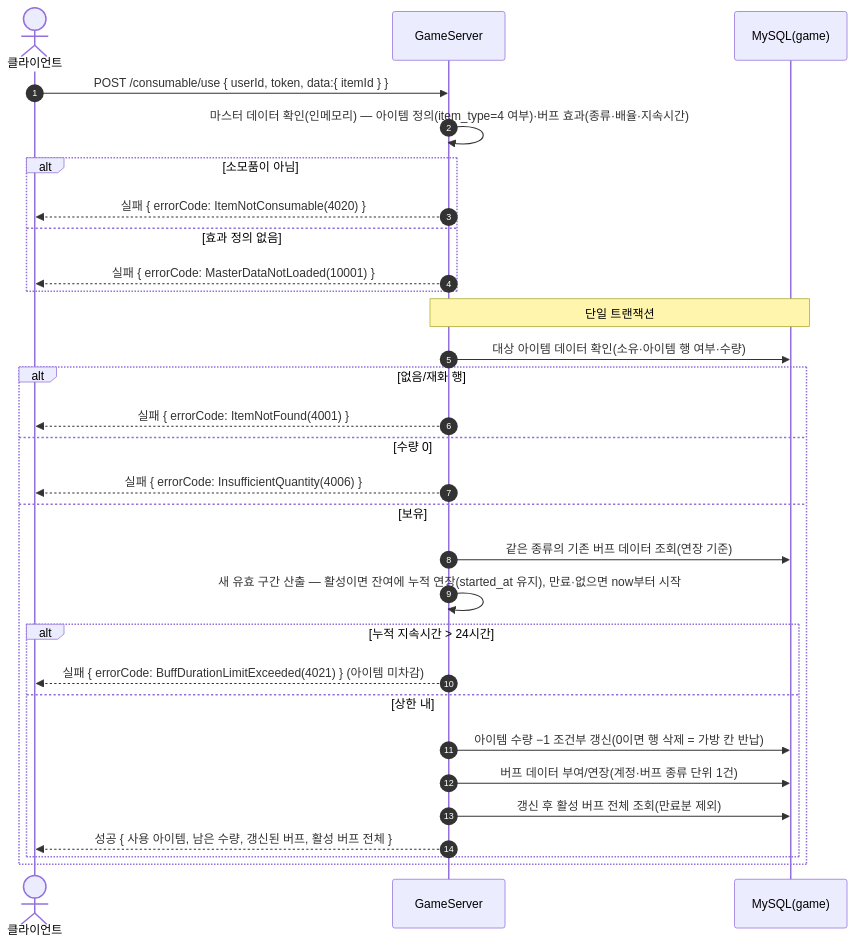
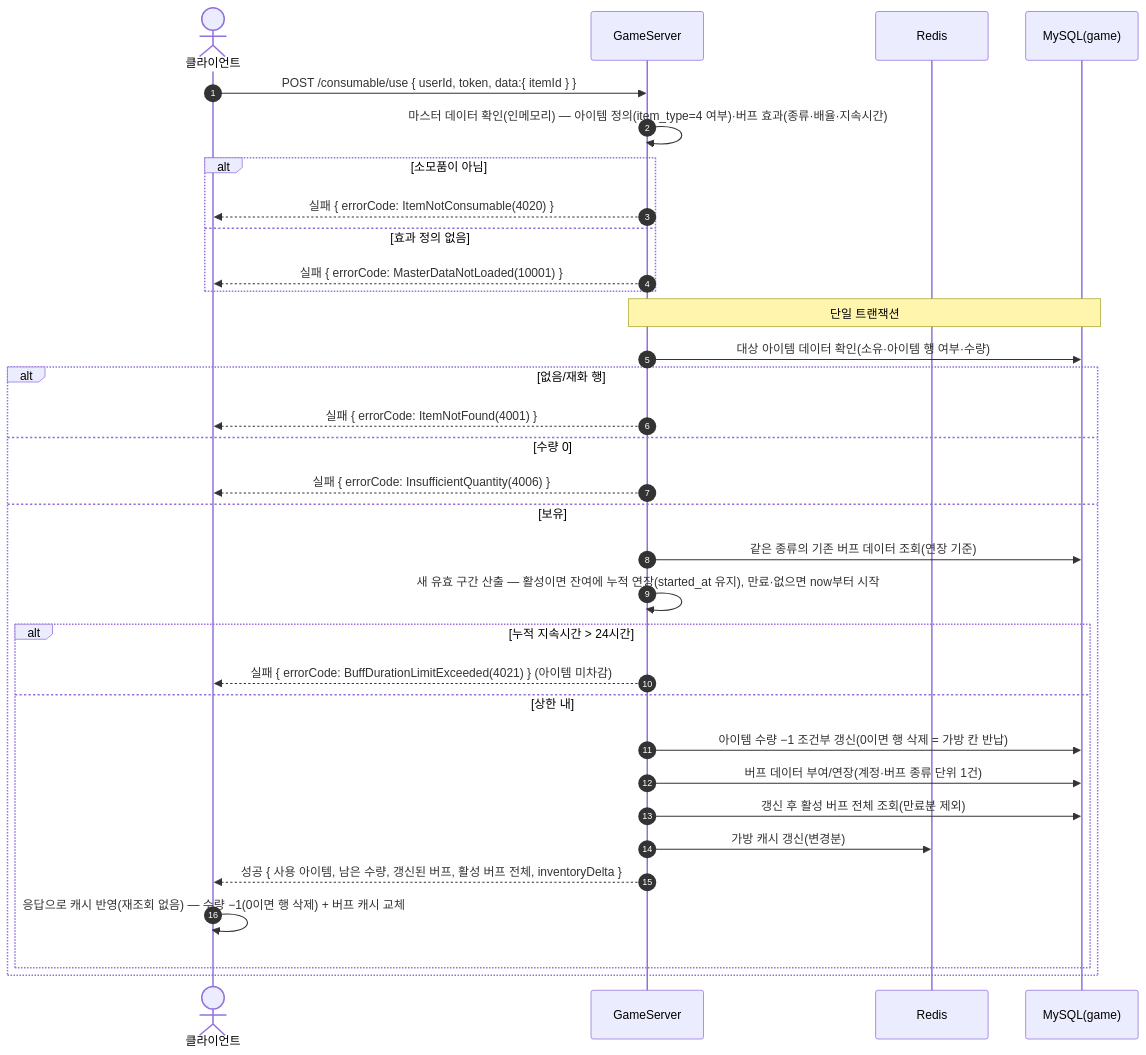
Before and after one commit to ks-wook/com2us-taskbar-hero: diagram 16 of 35 in SequenceDiagram/README.md, drawn with Mermaid. The commit also changed other lines of this file and 13 other files, not shown here.

````diff
--- a/SequenceDiagram/README.md
+++ b/SequenceDiagram/README.md
@@ -510,33 +538,36 @@
 ```mermaid
 sequenceDiagram
     autonumber
     actor C as 클라이언트
     participant S as GameServer
+    participant R as Redis
     participant DB as MySQL(game)
 
     C->>S: POST /consumable/use { userId, token, data:{ itemId } }
     S->>S: 마스터 데이터 확인(인메모리) — 아이템 정의(item_type=4 여부)·버프 효과(종류·배율·지속시간)
     alt 소모품이 아님
         S-->>C: 실패 { errorCode: ItemNotConsumable(4020) }
     else 효과 정의 없음
         S-->>C: 실패 { errorCode: MasterDataNotLoaded(10001) }
     end
     Note over S,DB: 단일 트랜잭션
     S->>DB: 대상 아이템 데이터 확인(소유·아이템 행 여부·수량)
     alt 없음/재화 행
         S-->>C: 실패 { errorCode: ItemNotFound(4001) }
     else 수량 0
         S-->>C: 실패 { errorCode: InsufficientQuantity(4006) }
     else 보유
         S->>DB: 같은 종류의 기존 버프 데이터 조회(연장 기준)
         S->>S: 새 유효 구간 산출 — 활성이면 잔여에 누적 연장(started_at 유지), 만료·없으면 now부터 시작
         alt 누적 지속시간 > 24시간
             S-->>C: 실패 { errorCode: BuffDurationLimitExceeded(4021) } (아이템 미차감)
         else 상한 내
             S->>DB: 아이템 수량 −1 조건부 갱신(0이면 행 삭제 = 가방 칸 반납)
             S->>DB: 버프 데이터 부여/연장(계정·버프 종류 단위 1건)
             S->>DB: 갱신 후 활성 버프 전체 조회(만료분 제외)
-            S-->>C: 성공 { 사용 아이템, 남은 수량, 갱신된 버프, 활성 버프 전체 }
+            S->>R: 가방 캐시 갱신(변경분)
+            S-->>C: 성공 { 사용 아이템, 남은 수량, 갱신된 버프, 활성 버프 전체, inventoryDelta }
+            C->>C: 응답으로 캐시 반영(재조회 없음) — 수량 −1(0이면 행 삭제) + 버프 캐시 교체
         end
     end
 ```
````
